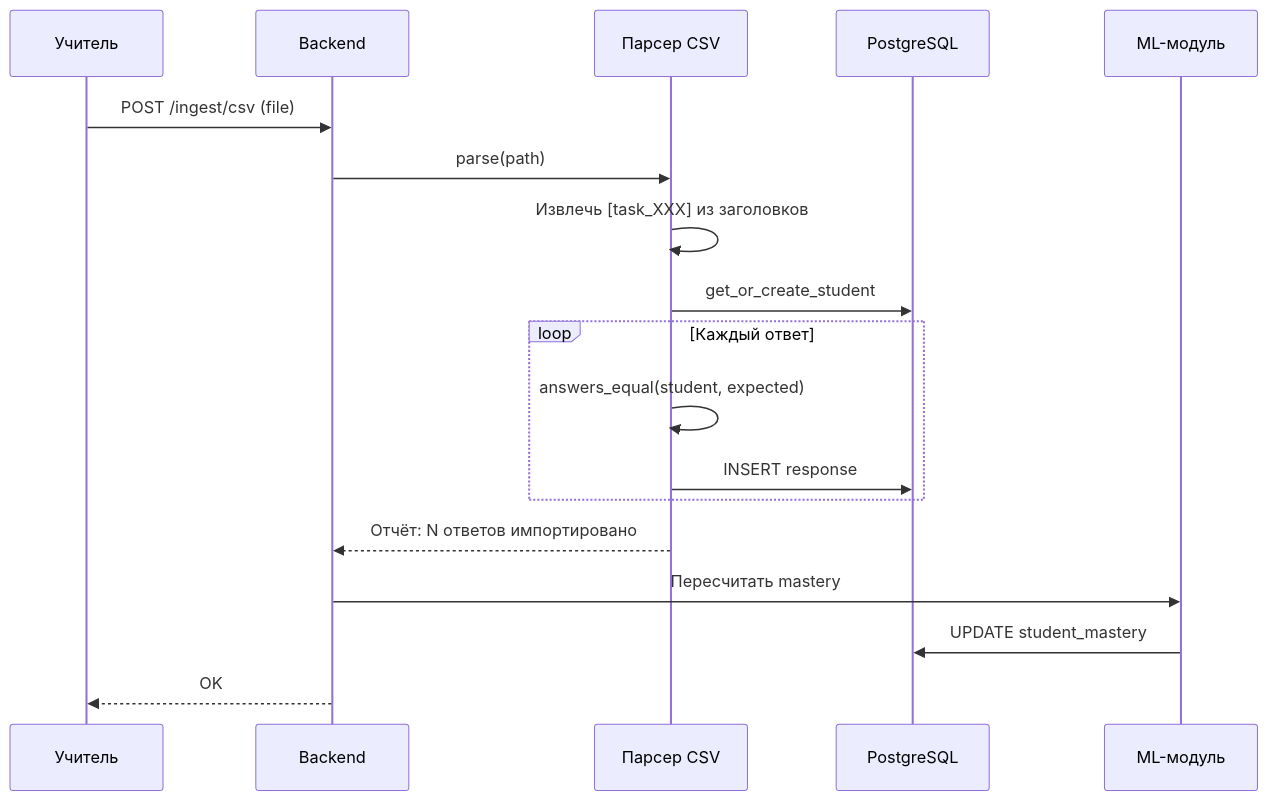
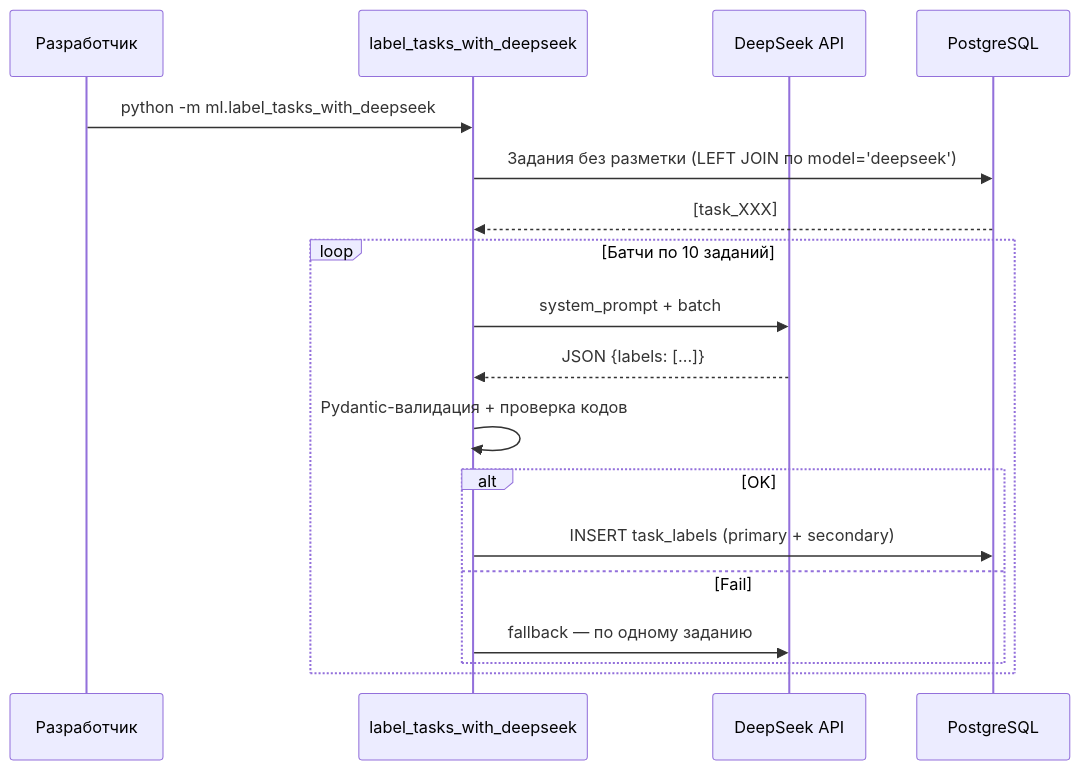
Before and after one commit to VarenioDev/hyperum: the third of 5 diagrams in docs/architecture.md, drawn with Mermaid. The commit also changed other lines of this file and 25 other files, not shown here.

````diff
--- a/docs/architecture.md
+++ b/docs/architecture.md
@@ -194,21 +248,22 @@
 ```mermaid
 sequenceDiagram
-    participant U as Учитель
-    participant API as Backend
-    participant P as Парсер CSV
-    participant DB as PostgreSQL
-    participant ML as ML-модуль
+    participant D as Разработчик
+    participant ML as label_tasks_with_deepseek
+    participant LLM as DeepSeek API
+    participant PG as PostgreSQL
 
-    U->>API: POST /ingest/csv (file)
-    API->>P: parse(path)
-    P->>P: Извлечь [task_XXX] из заголовков
-    P->>DB: get_or_create_student
-    loop Каждый ответ
-        P->>P: answers_equal(student, expected)
-        P->>DB: INSERT response
+    D->>ML: python -m ml.label_tasks_with_deepseek
+    ML->>PG: Задания без разметки (LEFT JOIN по model='deepseek')
+    PG-->>ML: [task_XXX]
+
+    loop Батчи по 10 заданий
+        ML->>LLM: system_prompt + batch
+        LLM-->>ML: JSON {labels: [...]}
+        ML->>ML: Pydantic-валидация + проверка кодов
+        alt OK
+            ML->>PG: INSERT task_labels (primary + secondary)
+        else Fail
+            ML->>LLM: fallback — по одному заданию
+        end
     end
-    P-->>API: Отчёт: N ответов импортировано
-    API->>ML: Пересчитать mastery
-    ML->>DB: UPDATE student_mastery
-    API-->>U: OK
 ```
````
